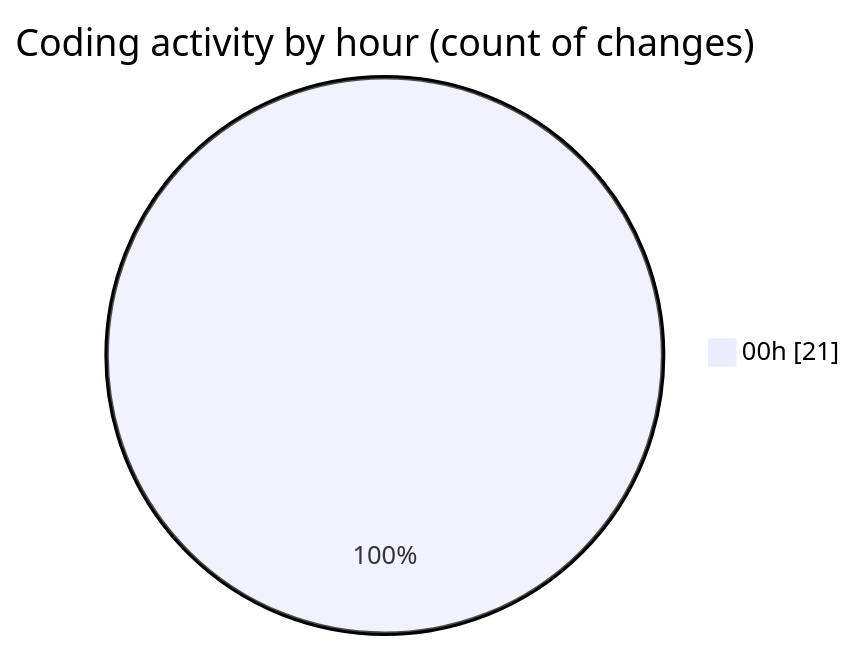
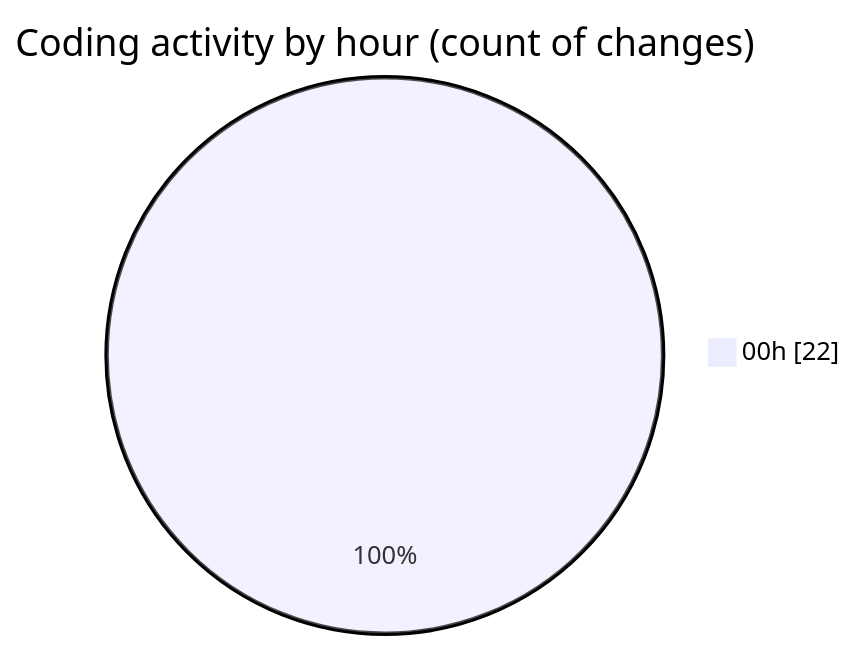
The second of 2 diagrams in 2025-02-24/samplepdf/README.md (momahboobian/code-tracking), drawn with Mermaid before and after one commit. The commit also changed other lines of this file and 1 other file, not shown here.

````diff
--- a/2025-02-24/samplepdf/README.md
+++ b/2025-02-24/samplepdf/README.md
@@ -31,5 +31,5 @@
 ```mermaid
 pie showData
 title Coding activity by hour (count of changes)
-"00h" : 21
+"00h" : 22
 ```
````
